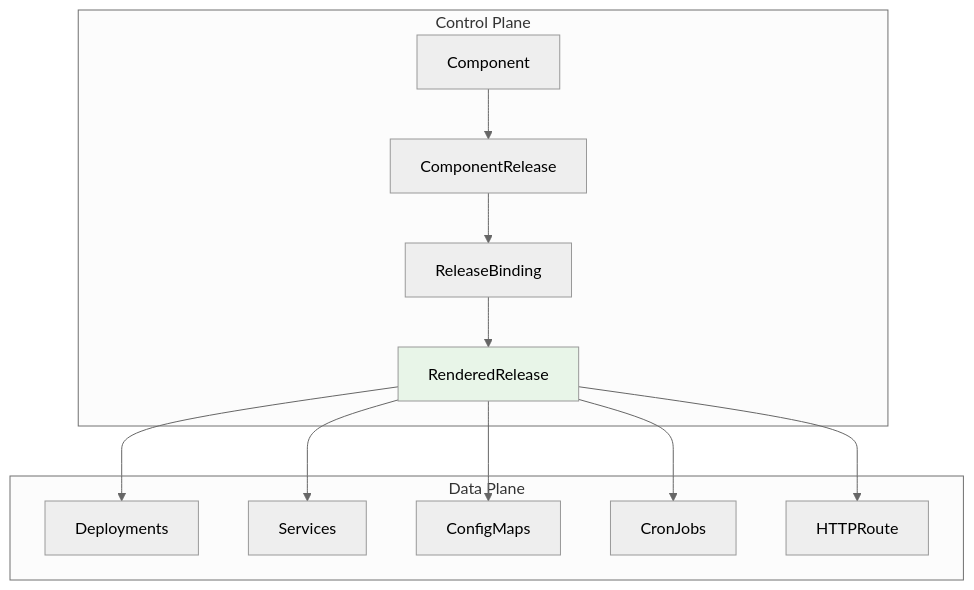
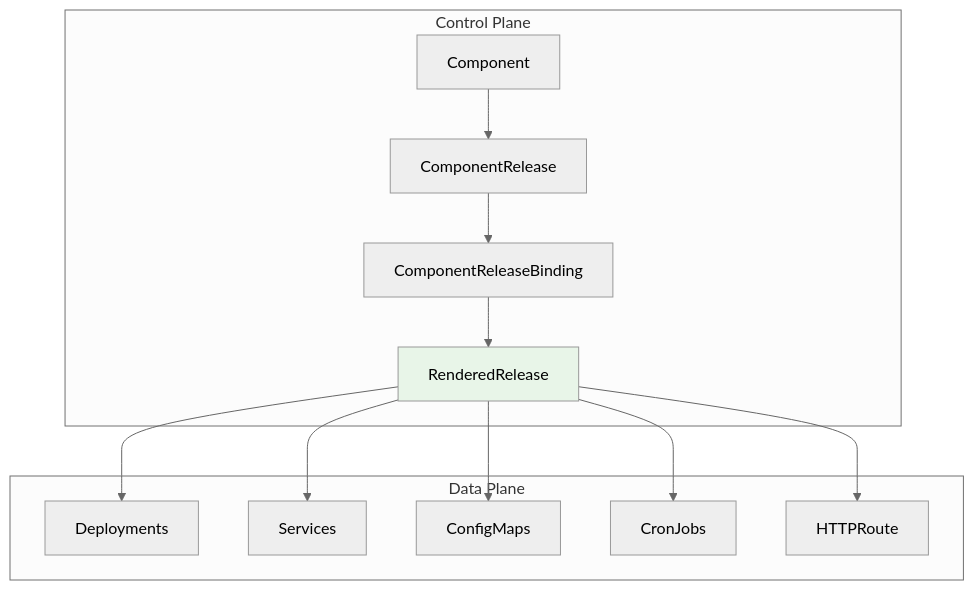
The first of 2 diagrams in docs/crds/renderedrelease.md (openchoreo/openchoreo), drawn with Mermaid (neutral theme) before and after one commit. The commit also changed other lines of this file and 128 other files, not shown here.

First line of the commit message:
Rename ReleaseBinding to ComponentReleaseBinding

````diff
--- a/docs/crds/renderedrelease.md
+++ b/docs/crds/renderedrelease.md
@@ -13,29 +13,29 @@
 ```mermaid
 graph TD
     A[Component] --> B[ComponentRelease]
-    B --> C[ReleaseBinding]
+    B --> C[ComponentReleaseBinding]
     C --> H[RenderedRelease]
 
     subgraph "Control Plane"
         A
         B
         C
         H
     end
 
     subgraph "Data Plane"
         I[Deployments]
         J[Services]
         K[ConfigMaps]
         L[CronJobs]
         M[HTTPRoute]
     end
 
     H --> I
     H --> J
     H --> K
     H --> L
     H --> M
 
     style H fill:#e8f5e8
 ```
````
